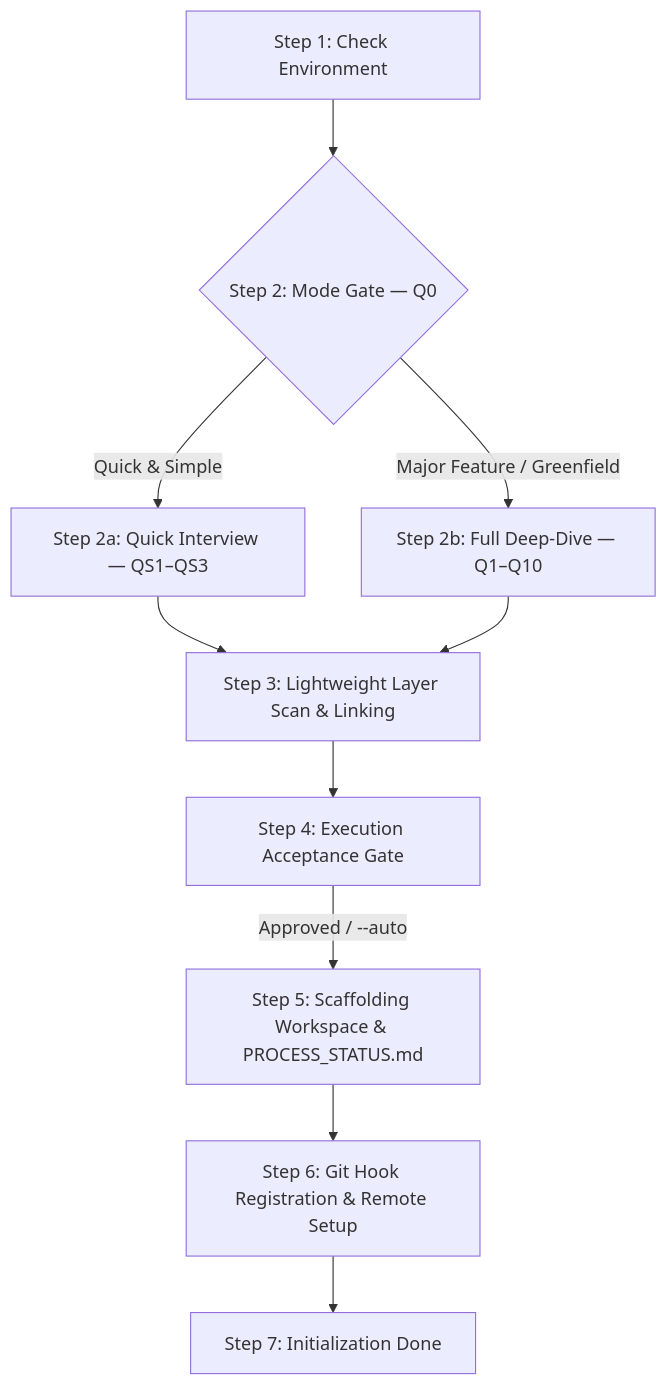
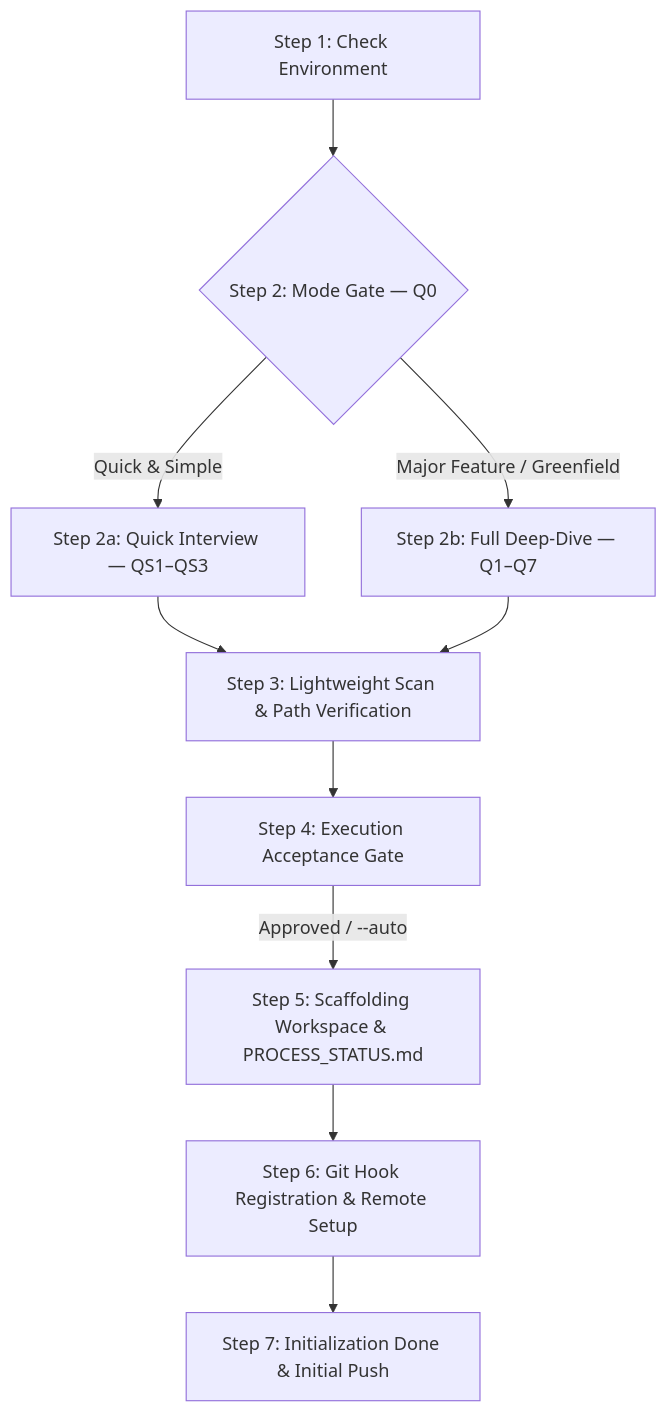
Before and after one commit to hrvthgergo/agent-driven-templates: the diagram in actions/init/antigravity/guards/workflows/init.md, drawn with Mermaid. The commit also changed other lines of this file and 14 other files, not shown here.

````diff
--- a/actions/init/antigravity/guards/workflows/init.md
+++ b/actions/init/antigravity/guards/workflows/init.md
@@ -36,12 +43,12 @@
 ```mermaid
 graph TD
     S1[Step 1: Check Environment] --> S2{Step 2: Mode Gate — Q0}
     S2 -->|Quick & Simple| S2a[Step 2a: Quick Interview — QS1–QS3]
-    S2 -->|Major Feature / Greenfield| S2b[Step 2b: Full Deep-Dive — Q1–Q10]
-    S2a --> S3[Step 3: Lightweight Layer Scan & Linking]
+    S2 -->|Major Feature / Greenfield| S2b[Step 2b: Full Deep-Dive — Q1–Q7]
+    S2a --> S3[Step 3: Lightweight Scan & Path Verification]
     S2b --> S3
     S3 --> S4[Step 4: Execution Acceptance Gate]
     S4 -->|Approved / --auto| S5[Step 5: Scaffolding Workspace & PROCESS_STATUS.md]
     S5 --> S6[Step 6: Git Hook Registration & Remote Setup]
-    S6 --> S7[Step 7: Initialization Done]
+    S6 --> S7[Step 7: Initialization Done & Initial Push]
 ```
````
